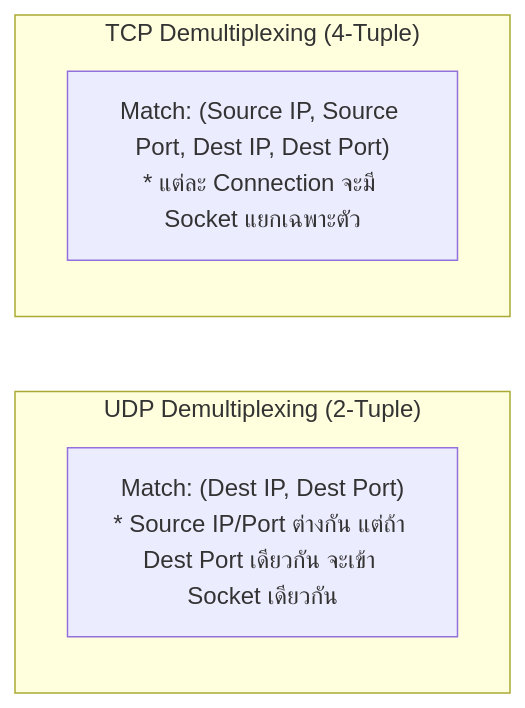
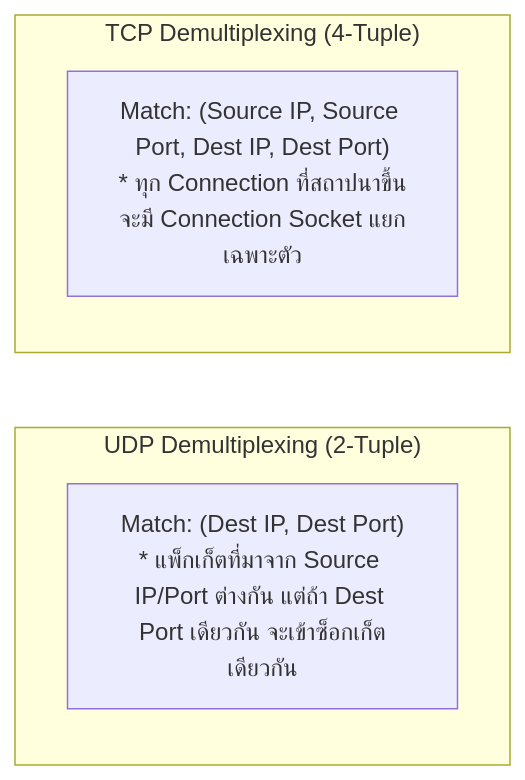
Before and after one commit to kanomoo/computer-network-and-Internet: the second of 11 diagrams in Wiki/Chapter 3 - Transport Layer.md, drawn with Mermaid. The commit also changed other lines of this file and 9 other files, not shown here.

````diff
--- a/Wiki/Chapter 3 - Transport Layer.md
+++ b/Wiki/Chapter 3 - Transport Layer.md
@@ -46,10 +50,10 @@
 ```mermaid
 flowchart LR
     subgraph UDP_Demux ["UDP Demultiplexing (2-Tuple)"]
-        UDP_P["Match: (Dest IP, Dest Port)<br/>* Source IP/Port ต่างกัน แต่ถ้า Dest Port เดียวกัน จะเข้า Socket เดียวกัน"]
+        UDP_P["Match: (Dest IP, Dest Port)<br/>* แพ็กเก็ตที่มาจาก Source IP/Port ต่างกัน แต่ถ้า Dest Port เดียวกัน จะเข้าซ็อกเก็ตเดียวกัน"]
     end
 
     subgraph TCP_Demux ["TCP Demultiplexing (4-Tuple)"]
-        TCP_P["Match: (Source IP, Source Port, Dest IP, Dest Port)<br/>* แต่ละ Connection จะมี Socket แยกเฉพาะตัว"]
+        TCP_P["Match: (Source IP, Source Port, Dest IP, Dest Port)<br/>* ทุก Connection ที่สถาปนาขึ้นจะมี Connection Socket แยกเฉพาะตัว"]
     end
 ```
````
